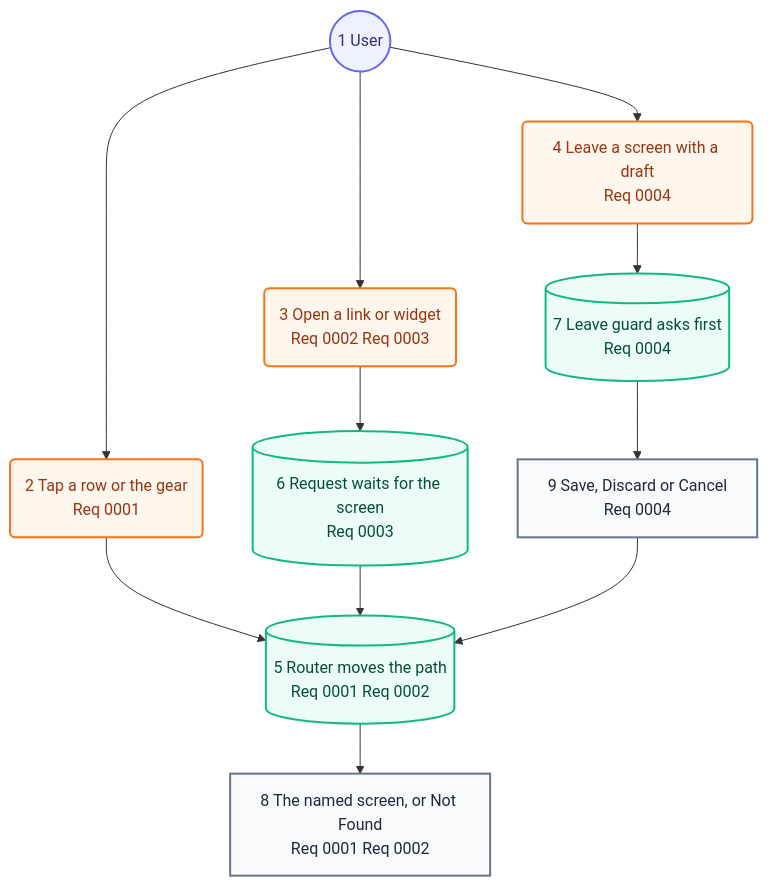
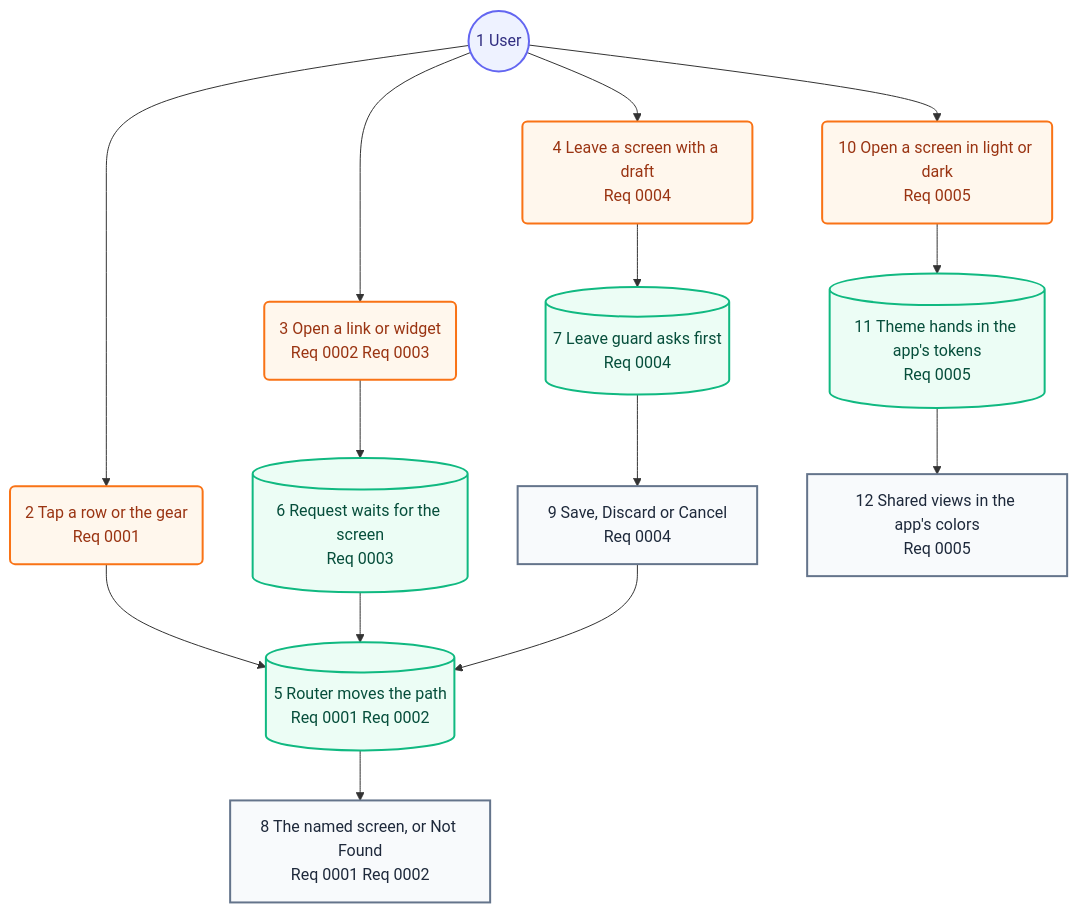
One commit to may-journal/common-swift changed the second of 2 diagrams in docs/architecture/05-user-journey.md. Above: the diagram before and after it, drawn with Mermaid. The commit also changed other lines of this file and 15 other files, not shown here.

First line of the commit message:
feat(theme): add a Theme package for the app's design tokens

````diff
--- a/docs/architecture/05-user-journey.md
+++ b/docs/architecture/05-user-journey.md
@@ -31,28 +31,34 @@
 ```mermaid
 flowchart TB
     user((1 User)):::persona
     tap(2 Tap a row or the gear<br/>Req 0001):::action
     link(3 Open a link or widget<br/>Req 0002 Req 0003):::action
     leave(4 Leave a screen with a draft<br/>Req 0004):::action
     router[(5 Router moves the path<br/>Req 0001 Req 0002)]:::system
     held[(6 Request waits for the screen<br/>Req 0003)]:::system
     gate[(7 Leave guard asks first<br/>Req 0004)]:::system
     screen[8 The named screen, or Not Found<br/>Req 0001 Req 0002]:::screen
     prompt[9 Save, Discard or Cancel<br/>Req 0004]:::screen
+    look(10 Open a screen in light or dark<br/>Req 0005):::action
+    theme[(11 Theme hands in the app's tokens<br/>Req 0005)]:::system
+    themed[12 Shared views in the app's colors<br/>Req 0005]:::screen
 
     user --> tap
     user --> link
     user --> leave
     tap --> router
     link --> held
     held --> router
     router --> screen
     leave --> gate
     gate --> prompt
     prompt --> router
+    user --> look
+    look --> theme
+    theme --> themed
 
     classDef persona fill:#eef2ff,stroke:#6366f1,color:#312e81,stroke-width:2px
     classDef screen fill:#f8fafc,stroke:#64748b,color:#1e293b,stroke-width:2px
     classDef action fill:#fff7ed,stroke:#f97316,color:#9a3412,stroke-width:2px
     classDef system fill:#ecfdf5,stroke:#10b981,color:#064e3b,stroke-width:2px
 ```
````
